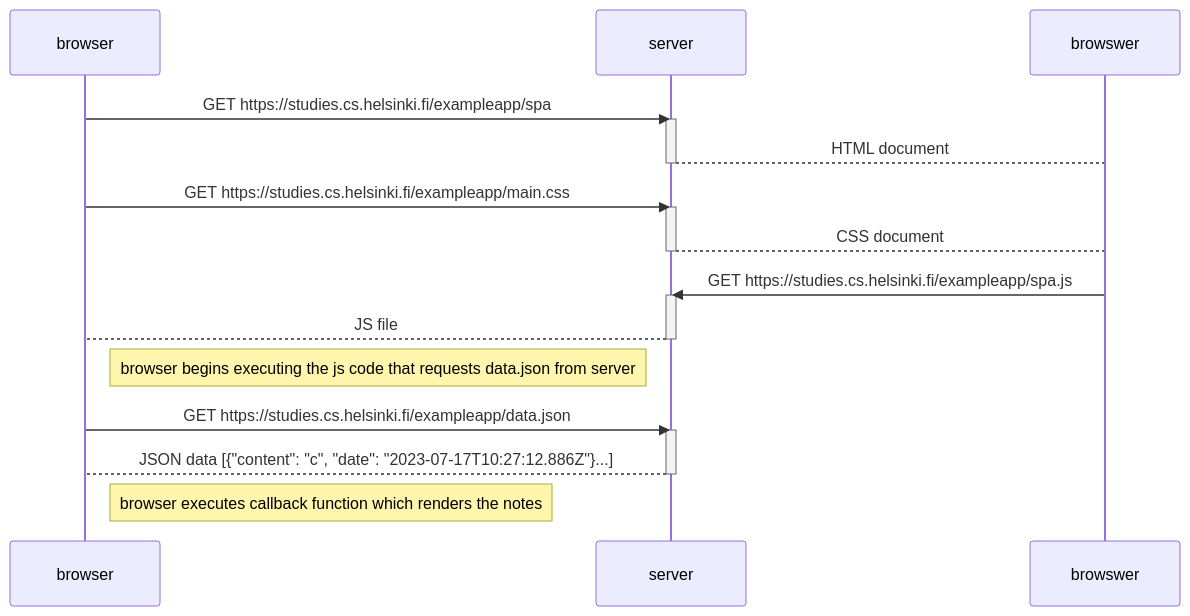
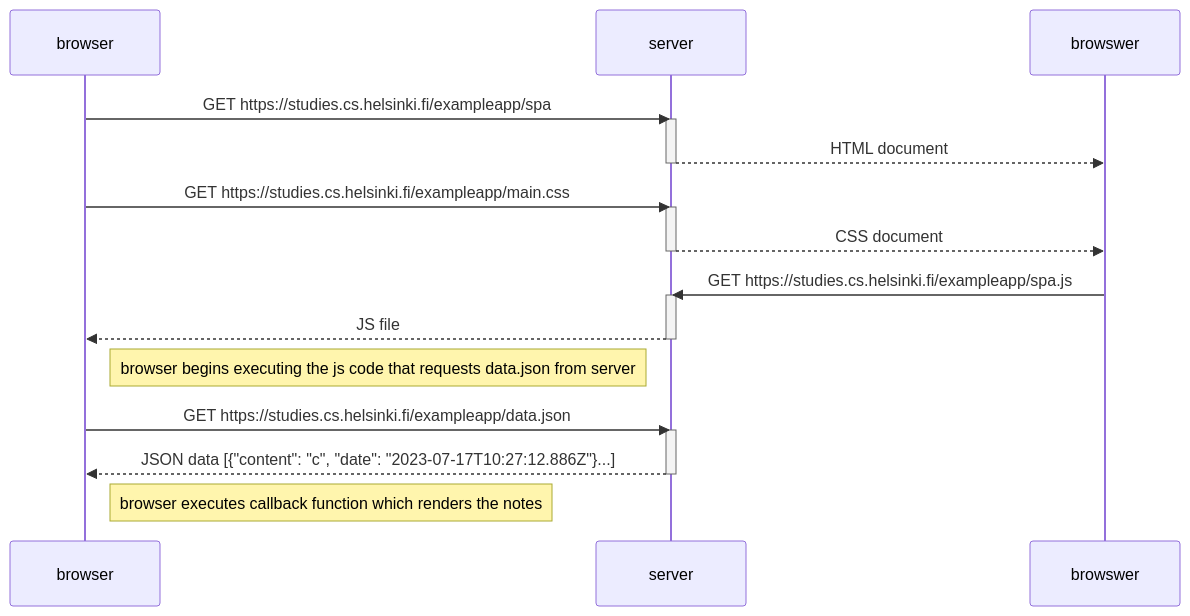
Before and after one commit to WMCS50/fso-part0: the diagram in 0.5-new-note-diagram.md, drawn with Mermaid.

````diff
--- a/0.5-new-note-diagram.md
+++ b/0.5-new-note-diagram.md
@@ -1,28 +1,28 @@
 ```mermaid
     sequenceDiagram
         participant browser
         participant server
 
         browser->>server: GET https://studies.cs.helsinki.fi/exampleapp/spa
         activate server
-        server-->browswer: HTML document
+        server-->>browswer: HTML document
         deactivate server
 
         browser->>server: GET https://studies.cs.helsinki.fi/exampleapp/main.css
         activate server
-        server-->browswer: CSS document
+        server-->>browswer: CSS document
         deactivate server
 
         browswer->>server: GET https://studies.cs.helsinki.fi/exampleapp/spa.js
         activate server
-        server-->browser: JS file
+        server-->>browser: JS file
         deactivate server
 
         Note right of browser: browser begins executing the js code that requests data.json from server
 
         browser->>server: GET https://studies.cs.helsinki.fi/exampleapp/data.json
         activate server
-        server-->browser: JSON data [{"content": "c", "date": "2023-07-17T10:27:12.886Z"}...]
+        server-->>browser: JSON data [{"content": "c", "date": "2023-07-17T10:27:12.886Z"}...]
         deactivate server
         Note right of browser: browser executes callback function which renders the notes
 ```
````
